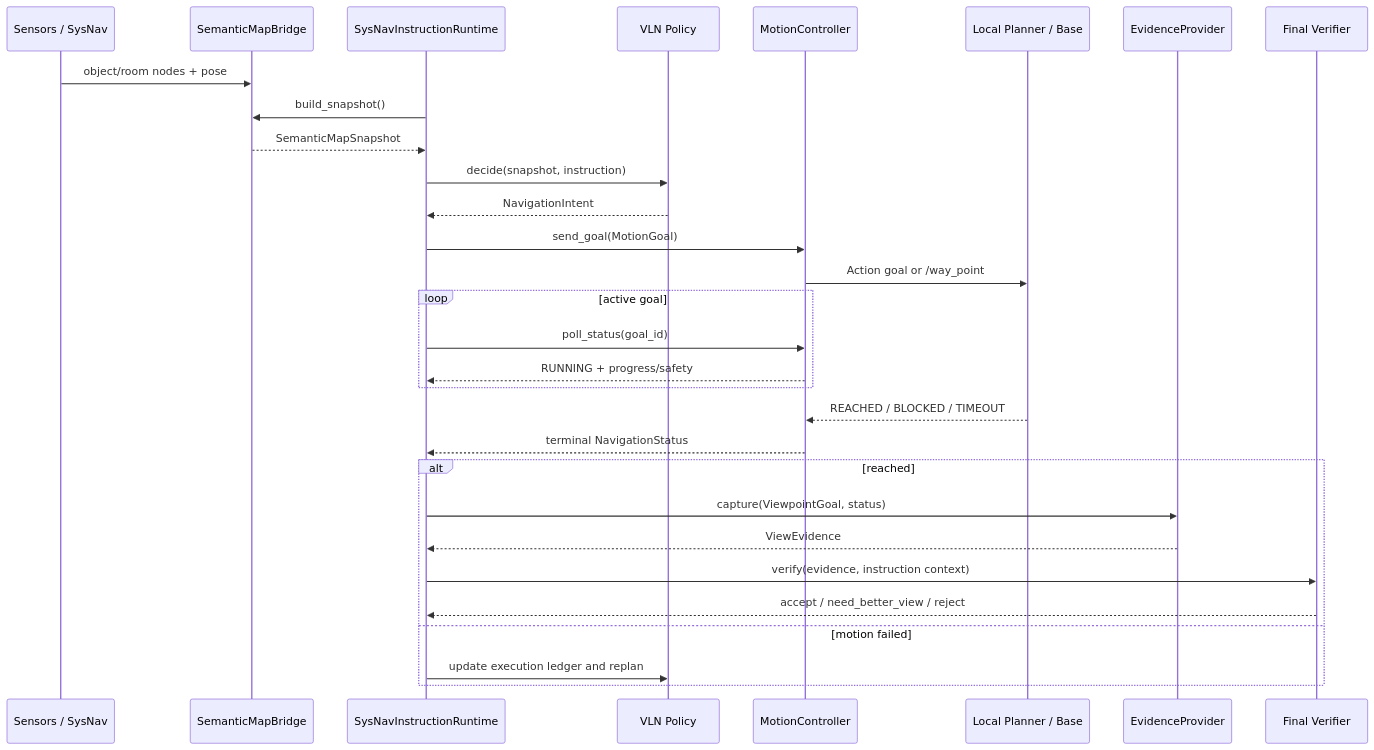
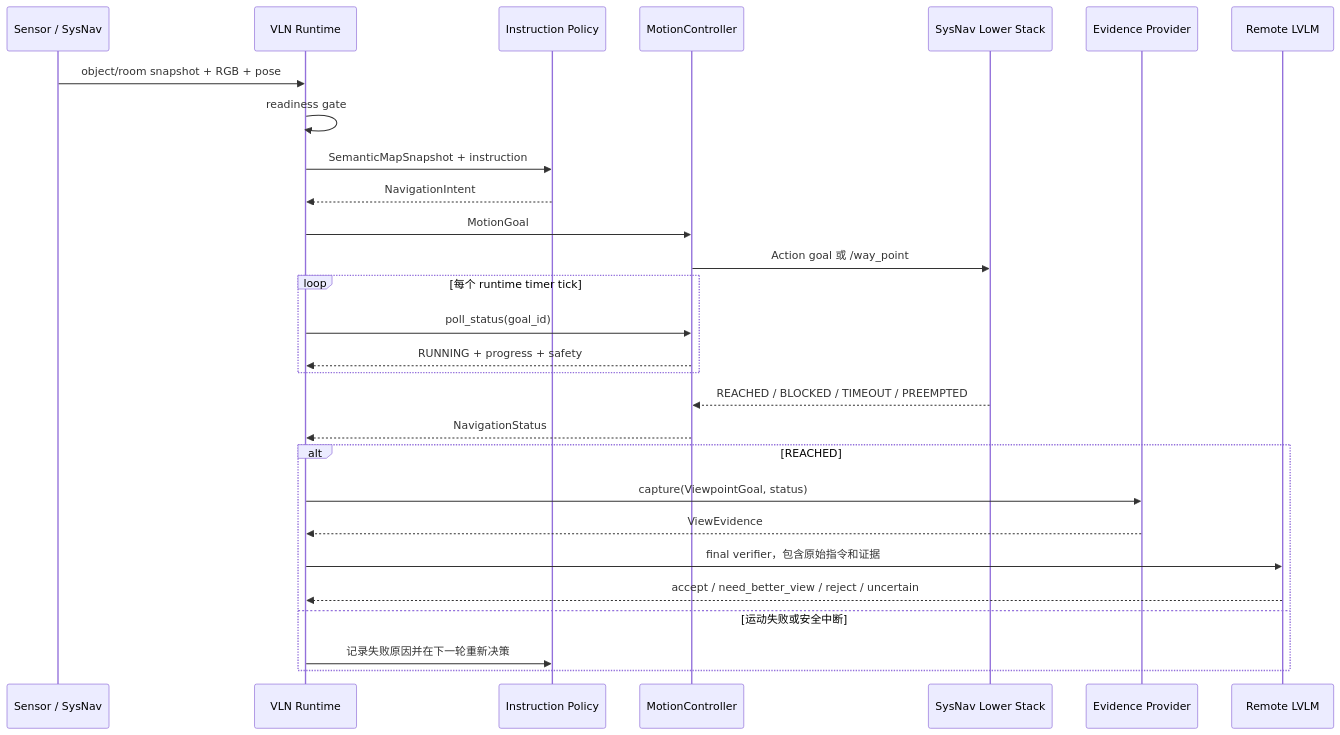
Before and after one commit to Suhao07/HuaWeiNav: the second of 2 diagrams in docs/real_robot_framework.md, drawn with Mermaid. The commit also changed other lines of this file and 13 other files, not shown here.

Commit message:
docs(vln): consolidate LVLM and real-robot interfaces

````diff
--- a/docs/real_robot_framework.md
+++ b/docs/real_robot_framework.md
@@ -200,35 +344,33 @@
 ```mermaid
 sequenceDiagram
-  participant Sensors as Sensors / SysNav
-  participant Bridge as SemanticMapBridge
-  participant Runtime as SysNavInstructionRuntime
-  participant Policy as VLN Policy
+  participant Sensor as Sensor / SysNav
+  participant Runtime as VLN Runtime
+  participant Policy as Instruction Policy
   participant Motion as MotionController
-  participant Lower as Local Planner / Base
-  participant Evidence as EvidenceProvider
-  participant VLM as Final Verifier
+  participant Lower as SysNav Lower Stack
+  participant Evidence as Evidence Provider
+  participant LVLM as Remote LVLM
 
-  Sensors->>Bridge: object/room nodes + pose
-  Runtime->>Bridge: build_snapshot()
-  Bridge-->>Runtime: SemanticMapSnapshot
-  Runtime->>Policy: decide(snapshot, instruction)
+  Sensor->>Runtime: object/room snapshot + RGB + pose
+  Runtime->>Runtime: readiness gate
+  Runtime->>Policy: SemanticMapSnapshot + instruction
   Policy-->>Runtime: NavigationIntent
-  Runtime->>Motion: send_goal(MotionGoal)
-  Motion->>Lower: Action goal or /way_point
+  Runtime->>Motion: MotionGoal
+  Motion->>Lower: Action goal 或 /way_point
 
-  loop active goal
+  loop 每个 runtime timer tick
     Runtime->>Motion: poll_status(goal_id)
-    Motion-->>Runtime: RUNNING + progress/safety
+    Motion-->>Runtime: RUNNING + progress + safety
   end
 
-  Lower-->>Motion: REACHED / BLOCKED / TIMEOUT
-  Motion-->>Runtime: terminal NavigationStatus
-  alt reached
+  Lower-->>Motion: REACHED / BLOCKED / TIMEOUT / PREEMPTED
+  Motion-->>Runtime: NavigationStatus
+  alt REACHED
     Runtime->>Evidence: capture(ViewpointGoal, status)
     Evidence-->>Runtime: ViewEvidence
-    Runtime->>VLM: verify(evidence, instruction context)
-    VLM-->>Runtime: accept / need_better_view / reject
-  else motion failed
-    Runtime->>Policy: update execution ledger and replan
+    Runtime->>LVLM: final verifier，包含原始指令和证据
+    LVLM-->>Runtime: accept / need_better_view / reject / uncertain
+  else 运动失败或安全中断
+    Runtime->>Policy: 记录失败原因并在下一轮重新决策
   end
 ```
````
